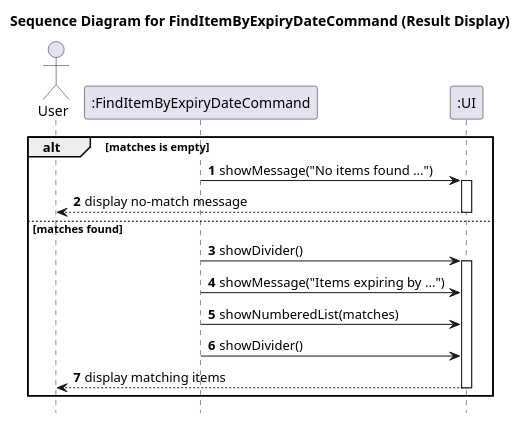
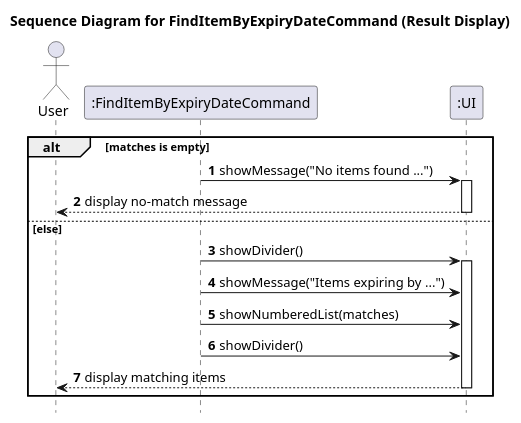
The diagram in docs/diagrams/sequence/FindItemByExpiryDateCommandDisplayFlow.puml (KOIiiii07/tp), drawn with PlantUML before and after one commit. The commit also changed other lines of this file and 100 other files, not shown here.

Commit message:
Update diagrams

```diff
--- a/docs/diagrams/sequence/FindItemByExpiryDateCommandDisplayFlow.puml
+++ b/docs/diagrams/sequence/FindItemByExpiryDateCommandDisplayFlow.puml
@@ -1,25 +1,25 @@
 @startuml
 title Sequence Diagram for FindItemByExpiryDateCommand (Result Display)
 
 autonumber
 hide footbox
 
 actor User
 participant ":FindItemByExpiryDateCommand" as FindItemByExpiryDateCommand
 participant ":UI" as UI
 
 alt matches is empty
     FindItemByExpiryDateCommand -> UI: showMessage("No items found ...")
     activate UI
     UI --> User: display no-match message
     deactivate UI
-else matches found
+else else
     FindItemByExpiryDateCommand -> UI: showDivider()
     activate UI
     FindItemByExpiryDateCommand -> UI: showMessage("Items expiring by ...")
     FindItemByExpiryDateCommand -> UI: showNumberedList(matches)
     FindItemByExpiryDateCommand -> UI: showDivider()
     UI --> User: display matching items
     deactivate UI
 end
 @enduml
```
